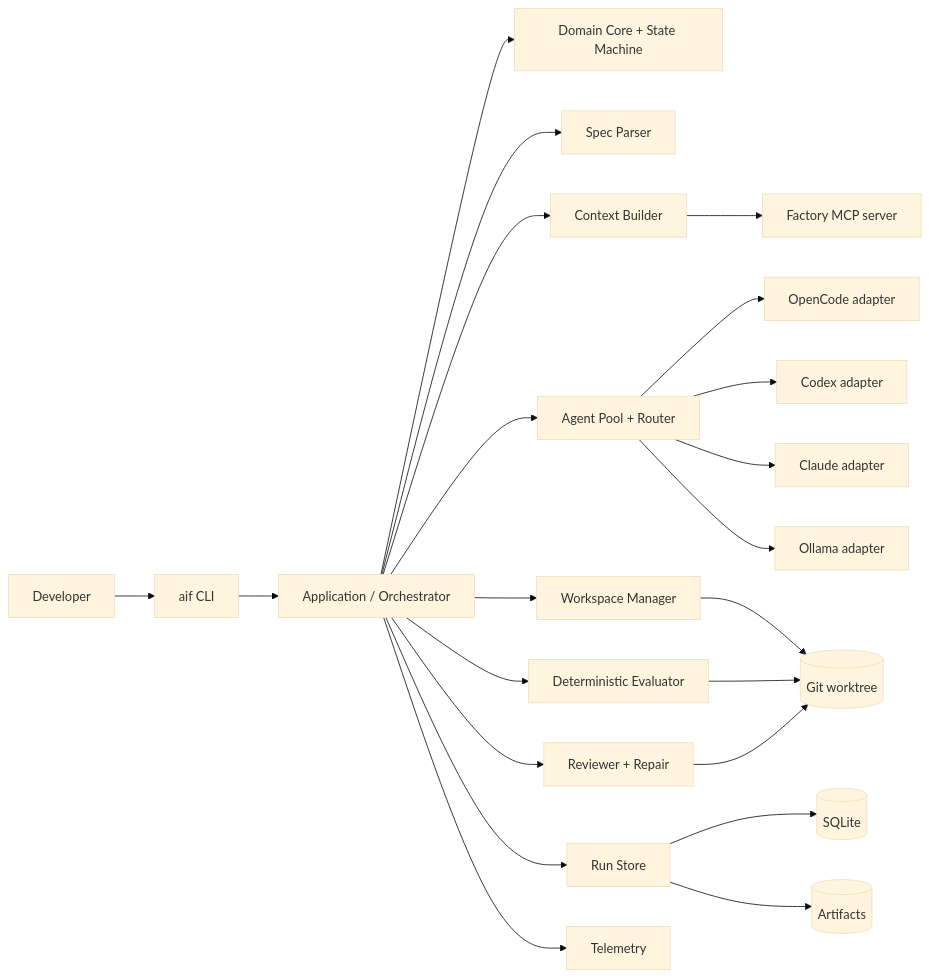
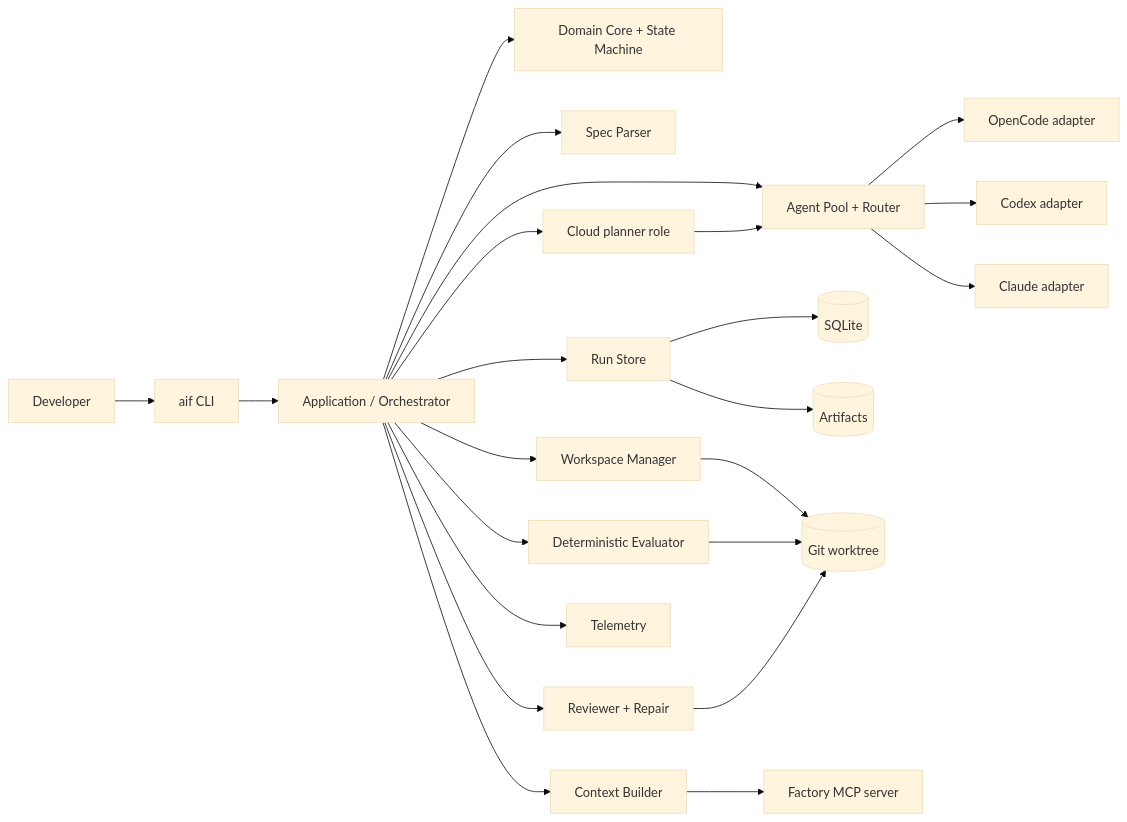
One commit to douggomes/ai-software-factory changed the first of 6 diagrams in docs/planejamento/plan.md. Above: the diagram before and after it, drawn with Mermaid (base theme). The commit also changed other lines of this file and 19 other files, not shown here.

````diff
--- a/docs/planejamento/plan.md
+++ b/docs/planejamento/plan.md
@@ -76,24 +80,25 @@
 ```mermaid
 flowchart LR
     User["Developer"] --> CLI["aif CLI"]
     CLI --> App["Application / Orchestrator"]
     App --> Core["Domain Core + State Machine"]
     App --> Spec["Spec Parser"]
     App --> Context["Context Builder"]
     App --> Pool["Agent Pool + Router"]
     App --> Eval["Deterministic Evaluator"]
     App --> Review["Reviewer + Repair"]
     App --> Persist["Run Store"]
     App --> Workspace["Workspace Manager"]
     App --> Telemetry["Telemetry"]
     Pool --> OpenCode["OpenCode adapter"]
     Pool --> Codex["Codex adapter"]
     Pool --> Claude["Claude adapter"]
-    Pool --> Ollama["Ollama adapter"]
+    App --> Planner["Cloud planner role"]
+    Planner --> Pool
     Persist --> SQLite[("SQLite")]
     Persist --> Artifacts[("Artifacts")]
     Workspace --> Worktree[("Git worktree")]
     Context --> MCP["Factory MCP server"]
     Eval --> Worktree
     Review --> Worktree
 ```
````
